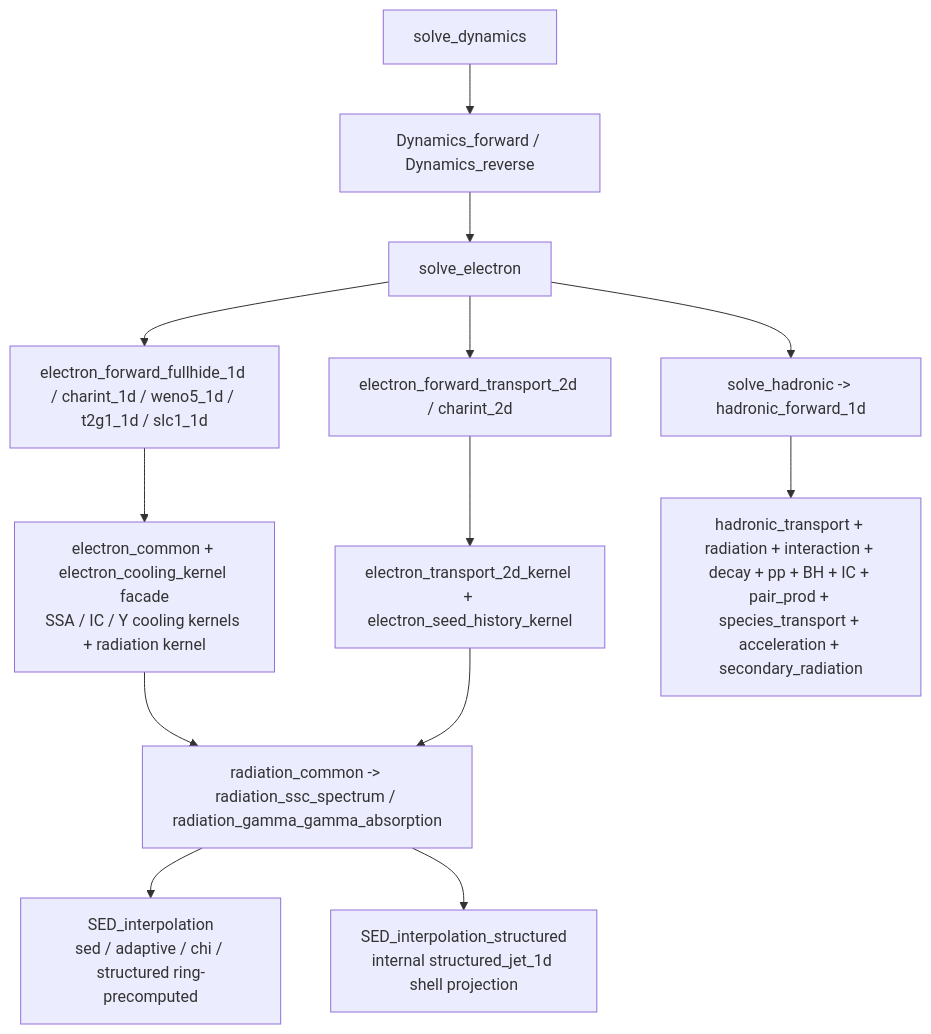
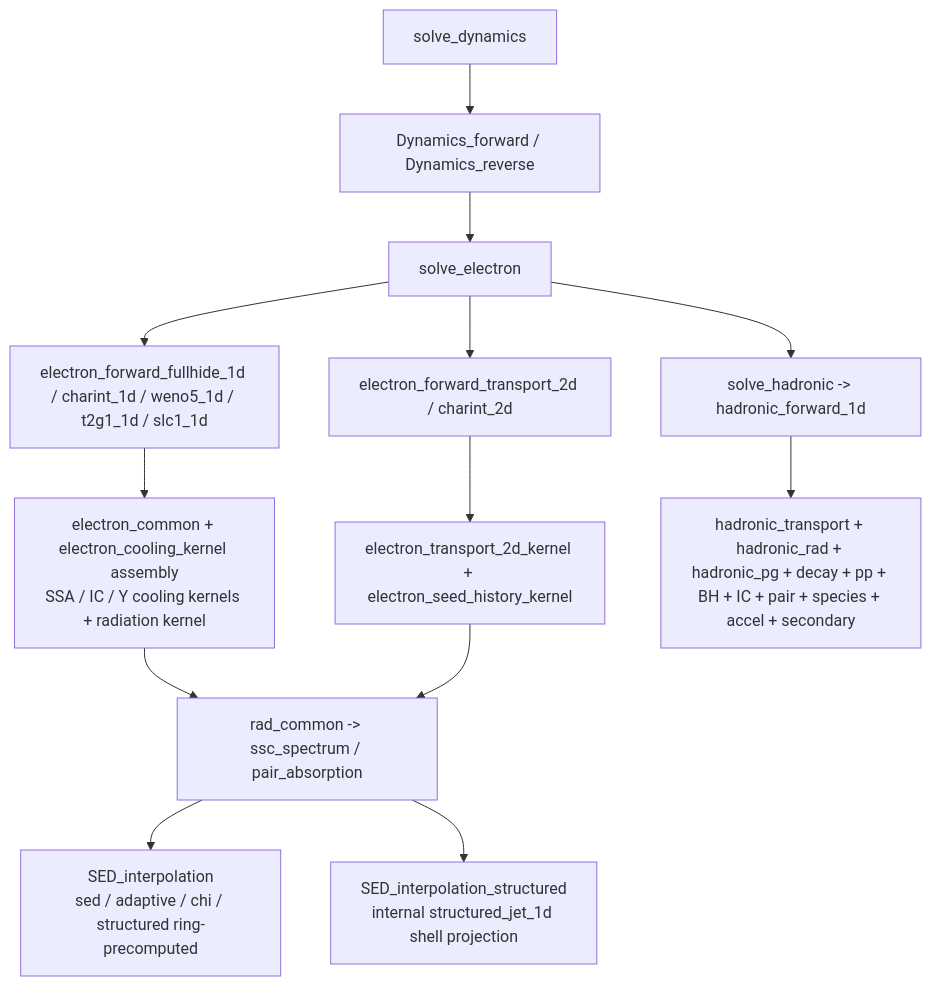
Before and after one commit to mikuru1096/ASGARD_GRBAfterglow: the second of 2 diagrams in doc/call_chain.md, drawn with Mermaid. The commit also changed other lines of this file and 262 other files, not shown here.

````diff
--- a/doc/call_chain.md
+++ b/doc/call_chain.md
@@ -39,15 +39,15 @@
 ```mermaid
 flowchart TD
     A["solve_dynamics"] --> B["Dynamics_forward / Dynamics_reverse"]
     B --> C["solve_electron"]
     C --> D["electron_forward_fullhide_1d / charint_1d / weno5_1d / t2g1_1d / slc1_1d"]
     C --> E["electron_forward_transport_2d / charint_2d"]
-    D --> F["electron_common + electron_cooling_kernel facade\nSSA / IC / Y cooling kernels + radiation kernel"]
+    D --> F["electron_common + electron_cooling_kernel assembly\nSSA / IC / Y cooling kernels + radiation kernel"]
     E --> G["electron_transport_2d_kernel + electron_seed_history_kernel"]
-    F --> H["radiation_common -> radiation_ssc_spectrum / radiation_gamma_gamma_absorption"]
+    F --> H["rad_common -> ssc_spectrum / pair_absorption"]
     G --> H
     H --> I["SED_interpolation\nsed / adaptive / chi / structured ring-precomputed"]
     H --> U["SED_interpolation_structured\ninternal structured_jet_1d shell projection"]
     C --> J["solve_hadronic -> hadronic_forward_1d"]
-    J --> K["hadronic_transport + radiation + interaction + decay + pp + BH + IC + pair_prod + species_transport + acceleration + secondary_radiation"]
+    J --> K["hadronic_transport + hadronic_rad + hadronic_pg + decay + pp + BH + IC + pair + species + accel + secondary"]
 ```
````
